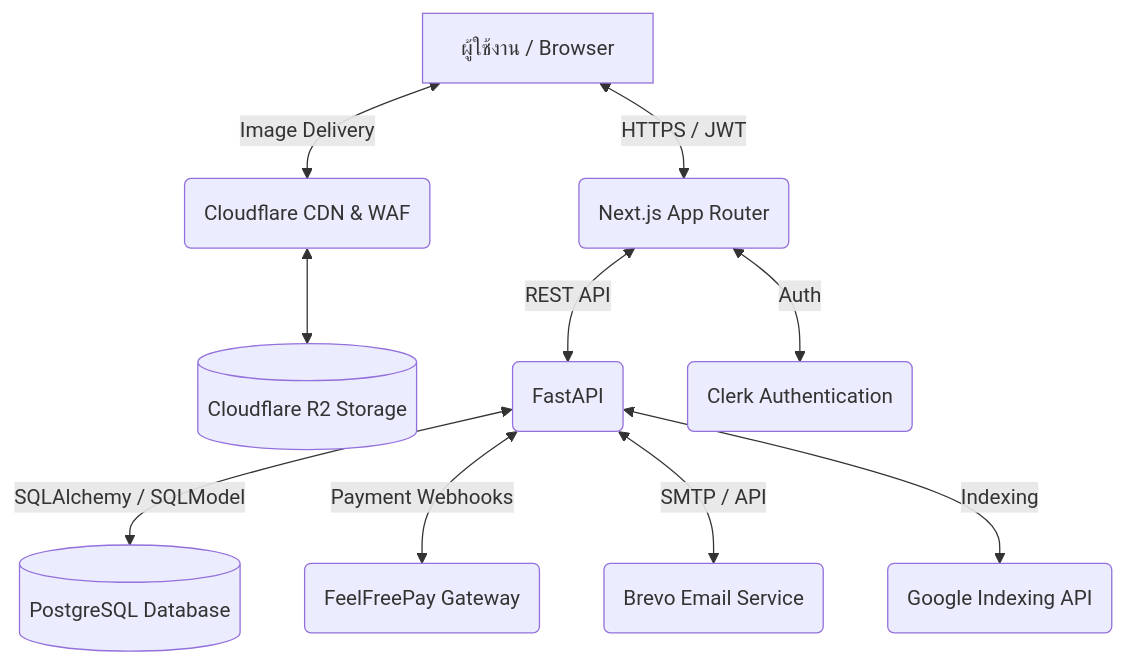
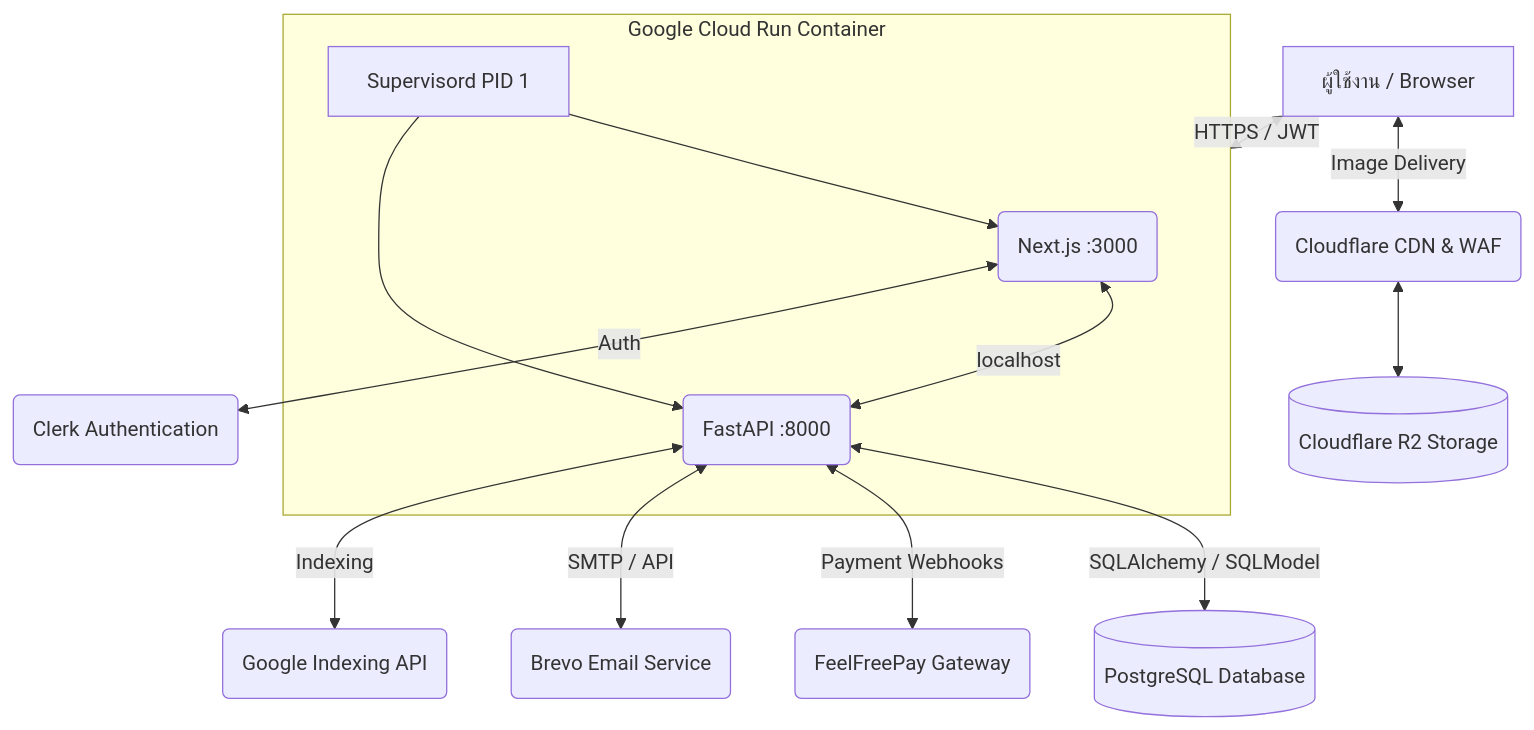
One commit to pakawatdmc-art/MangaLabTH changed the diagram in README.md. Above: the diagram before and after it, drawn with Mermaid. The commit also changed other lines of this file and 12 other files, not shown here.

````diff
--- a/README.md
+++ b/README.md
@@ -27,14 +27,18 @@
 ```mermaid
 graph TD
-    Client[ผู้ใช้งาน / Browser] <-->|HTTPS / JWT| Frontend(Next.js App Router)
+    Client[ผู้ใช้งาน / Browser] <-->|HTTPS / JWT| CloudRun
     Client <-->|Image Delivery| Cloudflare(Cloudflare CDN & WAF)
     Cloudflare <--> R2[(Cloudflare R2 Storage)]
     
-    Frontend <-->|REST API| Backend(FastAPI)
+    subgraph CloudRun[Google Cloud Run Container]
+        Frontend(Next.js :3000) <-->|localhost| Backend(FastAPI :8000)
+        Supervisor[Supervisord PID 1] --> Frontend
+        Supervisor --> Backend
+    end
+    
     Frontend <-->|Auth| Clerk(Clerk Authentication)
-    
     Backend <-->|SQLAlchemy / SQLModel| Database[(PostgreSQL Database)]
     Backend <-->|Payment Webhooks| FFP(FeelFreePay Gateway)
     Backend <-->|SMTP / API| Brevo(Brevo Email Service)
     Backend <-->|Indexing| Google(Google Indexing API)
 ```
````
